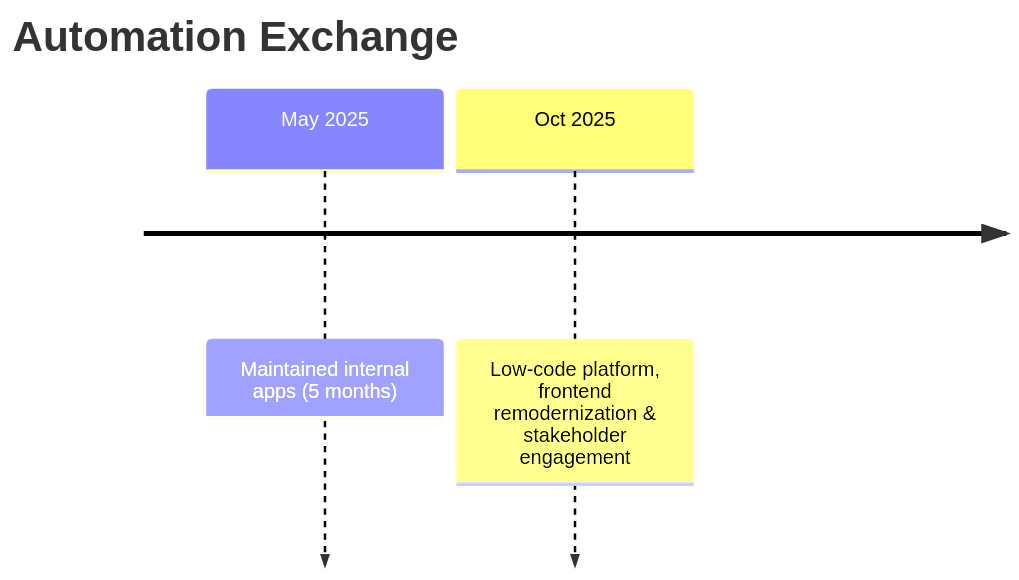
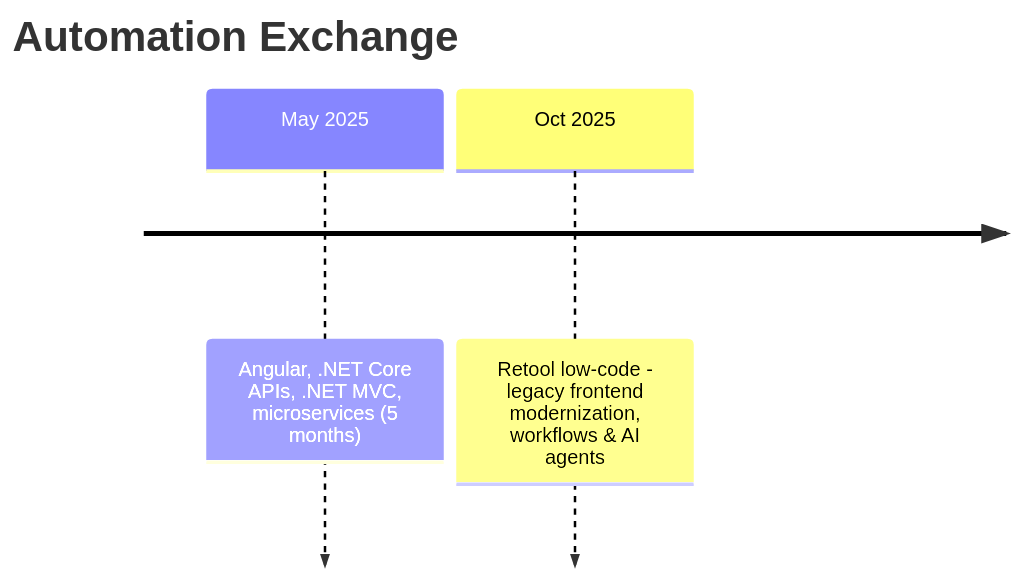
The first of 2 diagrams in README.md (SilindamMN/SilindamMN), drawn with Mermaid before and after one commit. The commit also changed other lines of this file, not shown here.

````diff
--- a/README.md
+++ b/README.md
@@ -41,6 +41,6 @@
 ```mermaid
 timeline
     title Automation Exchange
-    May 2025 : Maintained internal apps (5 months)
-    Oct 2025 : Low-code platform, frontend remodernization & stakeholder engagement
+    May 2025 : Angular, .NET Core APIs, .NET MVC, microservices (5 months)
+    Oct 2025 : Retool low-code - legacy frontend modernization, workflows & AI agents
 ```
````
